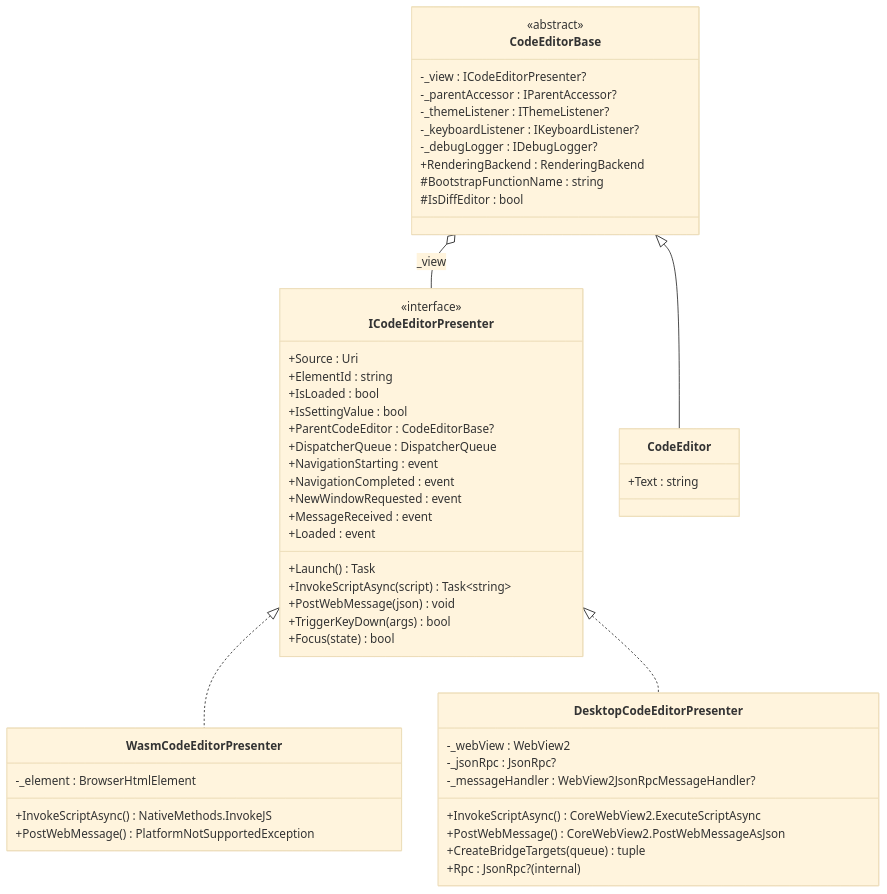
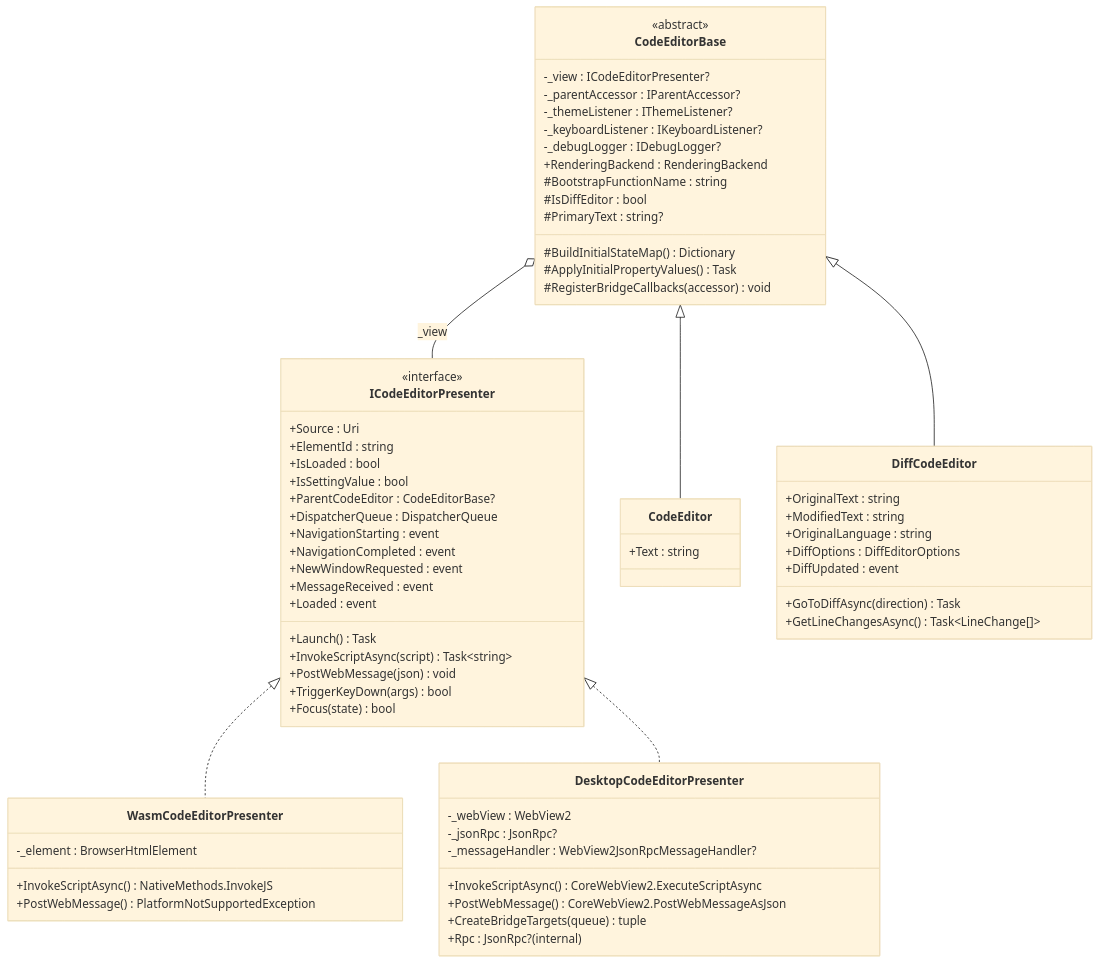
Before and after one commit to unoplatform/uno.monaco.editor: the seventh of 9 diagrams in docs/architecture.md, drawn with Mermaid (base theme). The commit also changed other lines of this file and 4 other files, not shown here.

First line of the commit message:
docs: document the DiffCodeEditor control

````diff
--- a/docs/architecture.md
+++ b/docs/architecture.md
@@ -219,59 +220,74 @@
 ```mermaid
 classDiagram
     class ICodeEditorPresenter {
         <<interface>>
         +Source : Uri
         +ElementId : string
         +IsLoaded : bool
         +IsSettingValue : bool
         +ParentCodeEditor : CodeEditorBase?
         +DispatcherQueue : DispatcherQueue
         +Launch() Task
         +InvokeScriptAsync(script) Task~string~
         +PostWebMessage(json) void
         +TriggerKeyDown(args) bool
         +Focus(state) bool
         +NavigationStarting : event
         +NavigationCompleted : event
         +NewWindowRequested : event
         +MessageReceived : event
         +Loaded : event
     }
 
     class WasmCodeEditorPresenter {
         -_element : BrowserHtmlElement
         +InvokeScriptAsync() NativeMethods.InvokeJS
         +PostWebMessage() PlatformNotSupportedException
     }
 
     class DesktopCodeEditorPresenter {
         -_webView : WebView2
         -_jsonRpc : JsonRpc?
         -_messageHandler : WebView2JsonRpcMessageHandler?
         +InvokeScriptAsync() CoreWebView2.ExecuteScriptAsync
         +PostWebMessage() CoreWebView2.PostWebMessageAsJson
         +CreateBridgeTargets(queue) tuple
         +Rpc : JsonRpc? (internal)
     }
 
     class CodeEditorBase {
         <<abstract>>
         -_view : ICodeEditorPresenter?
         -_parentAccessor : IParentAccessor?
         -_themeListener : IThemeListener?
         -_keyboardListener : IKeyboardListener?
         -_debugLogger : IDebugLogger?
         +RenderingBackend : RenderingBackend
         #BootstrapFunctionName : string
         #IsDiffEditor : bool
+        #PrimaryText : string?
+        #BuildInitialStateMap() Dictionary
+        #ApplyInitialPropertyValues() Task
+        #RegisterBridgeCallbacks(accessor) void
     }
 
     class CodeEditor {
         +Text : string
     }
 
+    class DiffCodeEditor {
+        +OriginalText : string
+        +ModifiedText : string
+        +OriginalLanguage : string
+        +DiffOptions : DiffEditorOptions
+        +DiffUpdated : event
+        +GoToDiffAsync(direction) Task
+        +GetLineChangesAsync() Task~LineChange[]~
+    }
+
     ICodeEditorPresenter <|.. WasmCodeEditorPresenter
     ICodeEditorPresenter <|.. DesktopCodeEditorPresenter
     CodeEditorBase <|-- CodeEditor
+    CodeEditorBase <|-- DiffCodeEditor
     CodeEditorBase o-- ICodeEditorPresenter : _view
 ```
````
